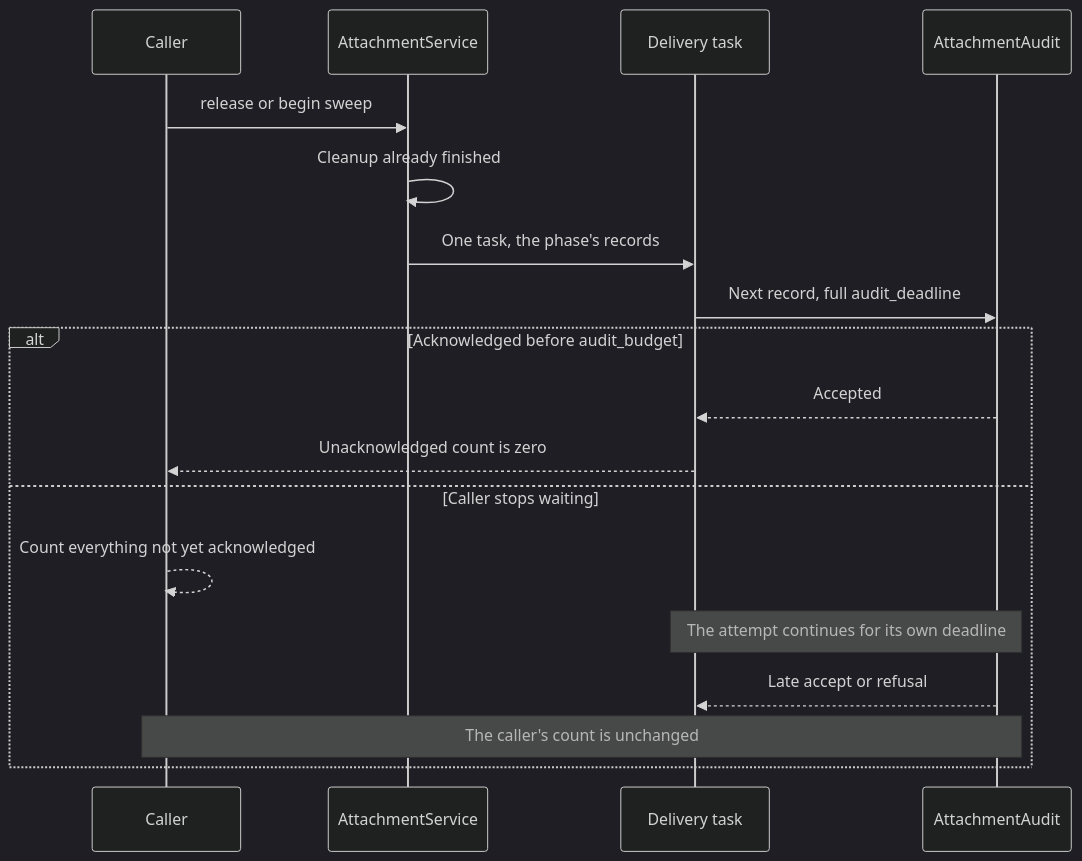
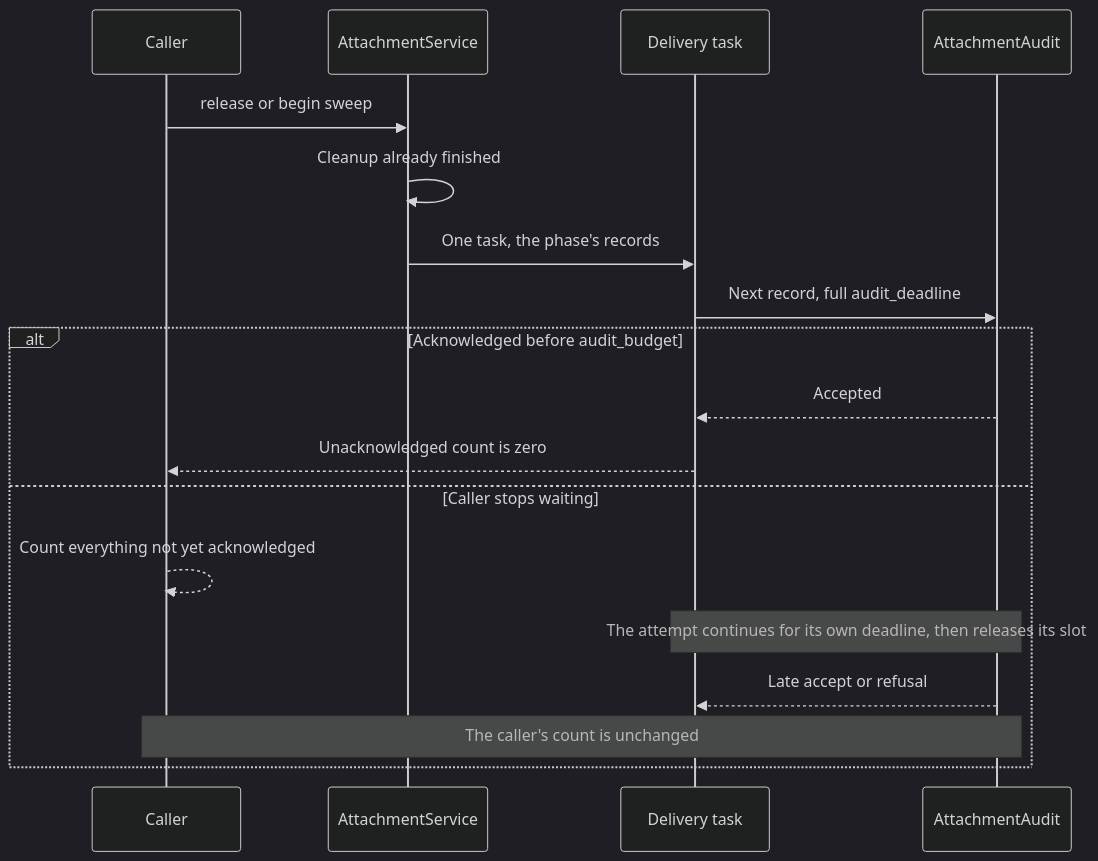
Before and after one commit to nessalabs/nessa-agent: the diagram in docs/design/artifact-sync.md, drawn with Mermaid (dark theme). The commit also changed other lines of this file and 6 other files, not shown here.

First line of the commit message:
attachments: release a bulk audit slot when its deadline ends

````diff
--- a/docs/design/artifact-sync.md
+++ b/docs/design/artifact-sync.md
@@ -371,20 +376,20 @@
 ```mermaid
 sequenceDiagram
     participant Caller
     participant Service as AttachmentService
     participant Task as Delivery task
     participant Sink as AttachmentAudit
     Caller->>Service: release or begin sweep
     Service->>Service: Cleanup already finished
     Service->>Task: One task, the phase's records
     Task->>Sink: Next record, full audit_deadline
     alt Acknowledged before audit_budget
         Sink-->>Task: Accepted
         Task-->>Caller: Unacknowledged count is zero
     else Caller stops waiting
         Caller-->>Caller: Count everything not yet acknowledged
-        Note over Task,Sink: The attempt continues for its own deadline
+        Note over Task,Sink: The attempt continues for its own deadline, then releases its slot
         Sink-->>Task: Late accept or refusal
         Note over Caller,Sink: The caller's count is unchanged
     end
 ```
````
